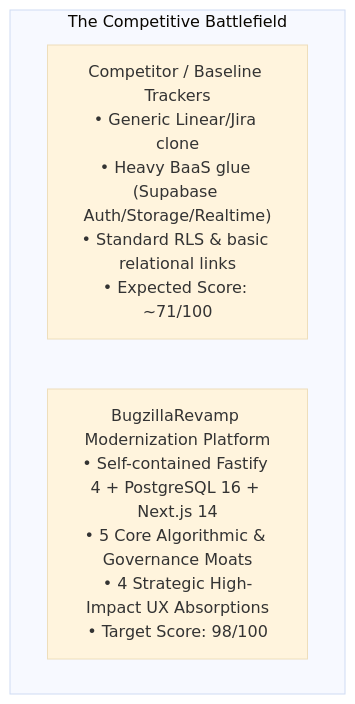
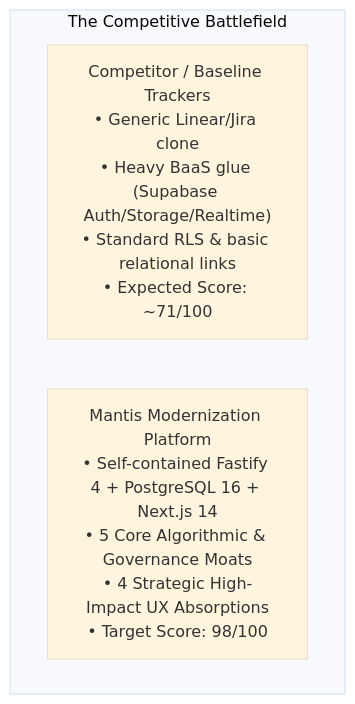
The first of 4 diagrams in master_execution_blueprint.md (OjasKugore/Mantis), drawn with Mermaid (base theme) before and after one commit. The commit also changed other lines of this file and 52 other files, not shown here.

First line of the commit message:
feat(ui): complete Mantis UI revamp across landing, auth, dashboard, and defect creation

````diff
--- a/master_execution_blueprint.md
+++ b/master_execution_blueprint.md
@@ -12,7 +12,7 @@
 ```mermaid
 graph TB
     subgraph "The Competitive Battlefield"
         COMP["Competitor / Baseline Trackers<br/>• Generic Linear/Jira clone<br/>• Heavy BaaS glue (Supabase Auth/Storage/Realtime)<br/>• Standard RLS & basic relational links<br/>• Expected Score: ~71/100"]
-        BZ["BugzillaRevamp Modernization Platform<br/>• Self-contained Fastify 4 + PostgreSQL 16 + Next.js 14<br/>• 5 Core Algorithmic & Governance Moats<br/>• 4 Strategic High-Impact UX Absorptions<br/>• Target Score: 98/100"]
+        BZ["Mantis Modernization Platform<br/>• Self-contained Fastify 4 + PostgreSQL 16 + Next.js 14<br/>• 5 Core Algorithmic & Governance Moats<br/>• 4 Strategic High-Impact UX Absorptions<br/>• Target Score: 98/100"]
     end
 ```
````
